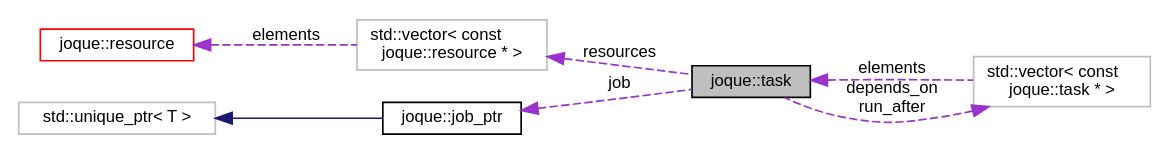
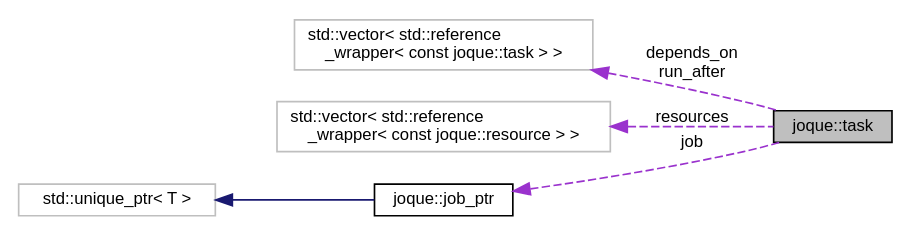
Before and after one commit to koniarik/joque: the diagram in structjoque_1_1task__coll__graph.dot, drawn with Graphviz. The commit also changed 99 other files, not shown here.

```diff
--- a/structjoque_1_1task__coll__graph.dot
+++ b/structjoque_1_1task__coll__graph.dot
@@ -1,19 +1,16 @@
 digraph "joque::task"
 {
  // LATEX_PDF_SIZE
   edge [fontname="Helvetica",fontsize="10",labelfontname="Helvetica",labelfontsize="10"];
   node [fontname="Helvetica",fontsize="10",shape=record];
   rankdir="LR";
   Node1 [label="joque::task",height=0.2,width=0.4,color="black", fillcolor="grey75", style="filled", fontcolor="black",tooltip="Single task that should be executed by the system."];
-  Node2 -> Node1 [dir="back",color="darkorchid3",fontsize="10",style="dashed",label=" resources" ,fontname="Helvetica"];
-  Node2 [label="std::vector\< const\l joque::resource * \>",height=0.2,width=0.4,color="grey75", fillcolor="white", style="filled",tooltip=" "];
-  Node3 -> Node2 [dir="back",color="darkorchid3",fontsize="10",style="dashed",label=" elements" ,fontname="Helvetica"];
-  Node3 [label="joque::resource",height=0.2,width=0.4,color="red", fillcolor="white", style="filled",URL="$namespacejoque.html#structjoque_1_1resource",tooltip="Abstraction to model resource used by tasks."];
-  Node6 -> Node1 [dir="back",color="darkorchid3",fontsize="10",style="dashed",label=" job" ,fontname="Helvetica"];
-  Node6 [label="joque::job_ptr",height=0.2,width=0.4,color="black", fillcolor="white", style="filled",URL="$structjoque_1_1job__ptr.html",tooltip="Custom unique_ptr wrapper that simplifies syntax of tasks."];
-  Node7 -> Node6 [dir="back",color="midnightblue",fontsize="10",style="solid",fontname="Helvetica"];
-  Node7 [label="std::unique_ptr\< T \>",height=0.2,width=0.4,color="grey75", fillcolor="white", style="filled",tooltip=" "];
-  Node9 -> Node1 [dir="back",color="darkorchid3",fontsize="10",style="dashed",label=" depends_on\nrun_after" ,fontname="Helvetica"];
-  Node9 [label="std::vector\< const\l joque::task * \>",height=0.2,width=0.4,color="grey75", fillcolor="white", style="filled",tooltip=" "];
-  Node1 -> Node9 [dir="back",color="darkorchid3",fontsize="10",style="dashed",label=" elements" ,fontname="Helvetica"];
+  Node2 -> Node1 [dir="back",color="darkorchid3",fontsize="10",style="dashed",label=" depends_on\nrun_after" ,fontname="Helvetica"];
+  Node2 [label="std::vector\< std::reference\l_wrapper\< const joque::task \> \>",height=0.2,width=0.4,color="grey75", fillcolor="white", style="filled",tooltip=" "];
+  Node3 -> Node1 [dir="back",color="darkorchid3",fontsize="10",style="dashed",label=" resources" ,fontname="Helvetica"];
+  Node3 [label="std::vector\< std::reference\l_wrapper\< const joque::resource \> \>",height=0.2,width=0.4,color="grey75", fillcolor="white", style="filled",tooltip=" "];
+  Node4 -> Node1 [dir="back",color="darkorchid3",fontsize="10",style="dashed",label=" job" ,fontname="Helvetica"];
+  Node4 [label="joque::job_ptr",height=0.2,width=0.4,color="black", fillcolor="white", style="filled",URL="$structjoque_1_1job__ptr.html",tooltip="Custom unique_ptr wrapper that simplifies syntax of tasks."];
+  Node5 -> Node4 [dir="back",color="midnightblue",fontsize="10",style="solid",fontname="Helvetica"];
+  Node5 [label="std::unique_ptr\< T \>",height=0.2,width=0.4,color="grey75", fillcolor="white", style="filled",tooltip=" "];
 }
```
